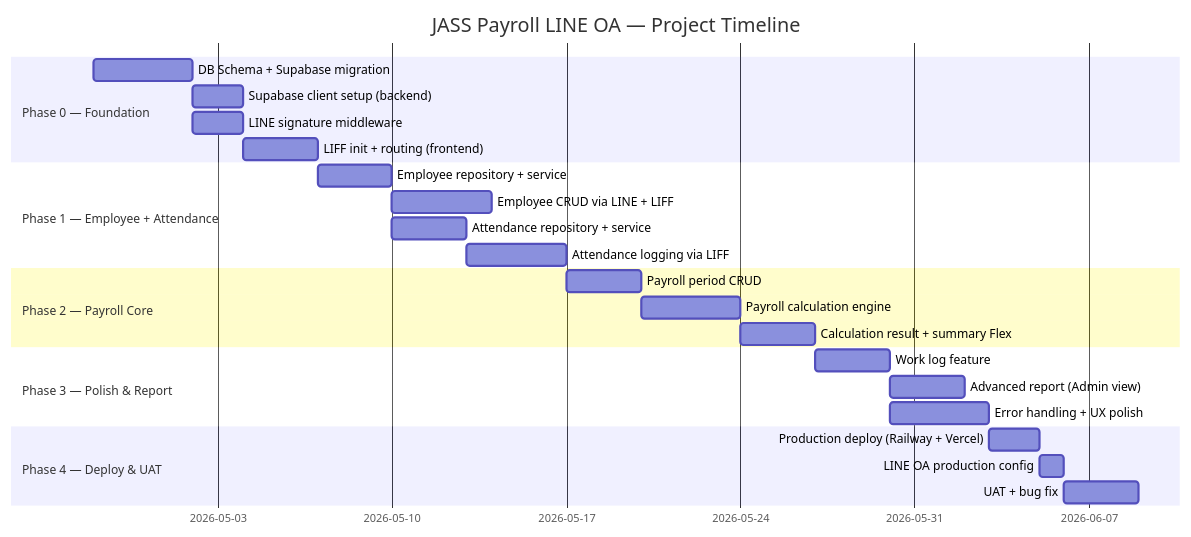
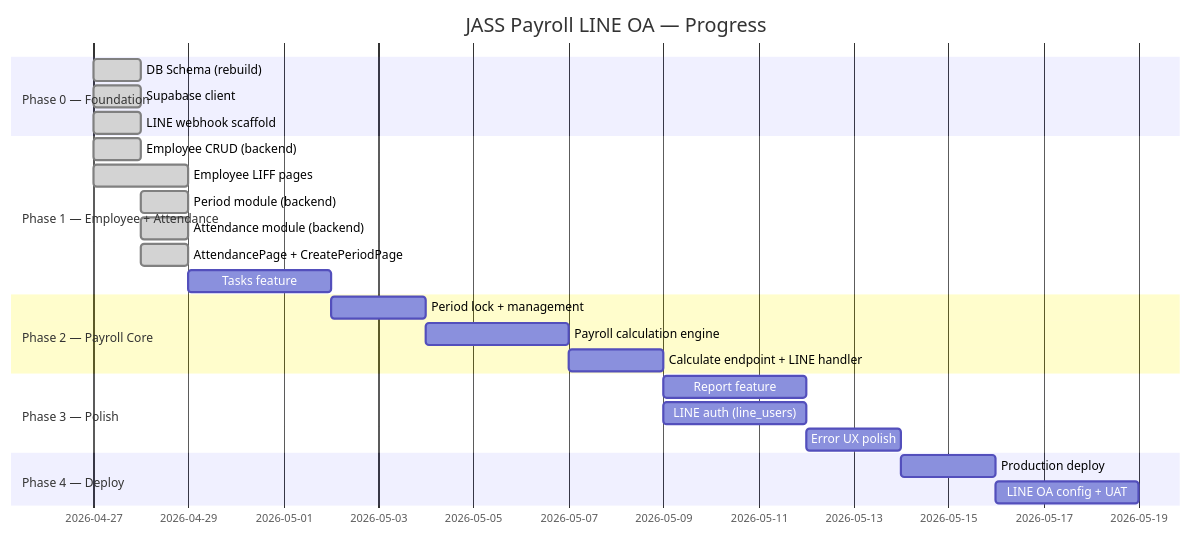
Before and after one commit to b33mx/jass: the diagram in doct/ROADMAP.md, drawn with Mermaid. The commit also changed other lines of this file and 5 other files, not shown here.

Commit message:
docs: update project documentation for phase 1

````diff
--- a/doct/ROADMAP.md
+++ b/doct/ROADMAP.md
@@ -22,27 +22,31 @@
 ```mermaid
 gantt
-    title JASS Payroll LINE OA — Project Timeline
+    title JASS Payroll LINE OA — Progress
     dateFormat  YYYY-MM-DD
     section Phase 0 — Foundation
-    DB Schema + Supabase migration       :p0a, 2026-04-28, 4d
-    Supabase client setup (backend)      :p0b, after p0a, 2d
-    LINE signature middleware            :p0c, after p0a, 2d
-    LIFF init + routing (frontend)       :p0d, after p0b, 3d
+    DB Schema (rebuild)                   :done, p0a, 2026-04-27, 1d
+    Supabase client                       :done, p0b, 2026-04-27, 1d
+    LINE webhook scaffold                 :done, p0c, 2026-04-27, 1d
+
     section Phase 1 — Employee + Attendance
-    Employee repository + service        :p1a, after p0d, 3d
-    Employee CRUD via LINE + LIFF        :p1b, after p1a, 4d
-    Attendance repository + service      :p1c, after p1a, 3d
-    Attendance logging via LIFF          :p1d, after p1c, 4d
+    Employee CRUD (backend)               :done, p1a, 2026-04-27, 1d
+    Employee LIFF pages                   :done, p1b, 2026-04-27, 2d
+    Period module (backend)               :done, p1c, 2026-04-28, 1d
+    Attendance module (backend)           :done, p1d, 2026-04-28, 1d
+    AttendancePage + CreatePeriodPage     :done, p1e, 2026-04-28, 1d
+    Tasks feature                         :p1f, after p1e, 3d
+
     section Phase 2 — Payroll Core
-    Payroll period CRUD                  :p2a, after p1d, 3d
-    Payroll calculation engine           :p2b, after p2a, 4d
-    Calculation result + summary Flex    :p2c, after p2b, 3d
-    section Phase 3 — Polish & Report
-    Work log feature                     :p3a, after p2c, 3d
-    Advanced report (Admin view)         :p3b, after p3a, 3d
-    Error handling + UX polish           :p3c, after p3a, 4d
-    section Phase 4 — Deploy & UAT
-    Production deploy (Railway + Vercel) :p4a, after p3c, 2d
-    LINE OA production config            :p4b, after p4a, 1d
-    UAT + bug fix                        :p4c, after p4b, 3d
+    Period lock + management              :p2a, after p1f, 2d
+    Payroll calculation engine            :p2b, after p2a, 3d
+    Calculate endpoint + LINE handler     :p2c, after p2b, 2d
+
+    section Phase 3 — Polish
+    Report feature                        :p3a, after p2c, 3d
+    LINE auth (line_users)                :p3b, after p2c, 3d
+    Error UX polish                       :p3c, after p3a, 2d
+
+    section Phase 4 — Deploy
+    Production deploy                     :p4a, after p3c, 2d
+    LINE OA config + UAT                  :p4b, after p4a, 3d
 ```
````
